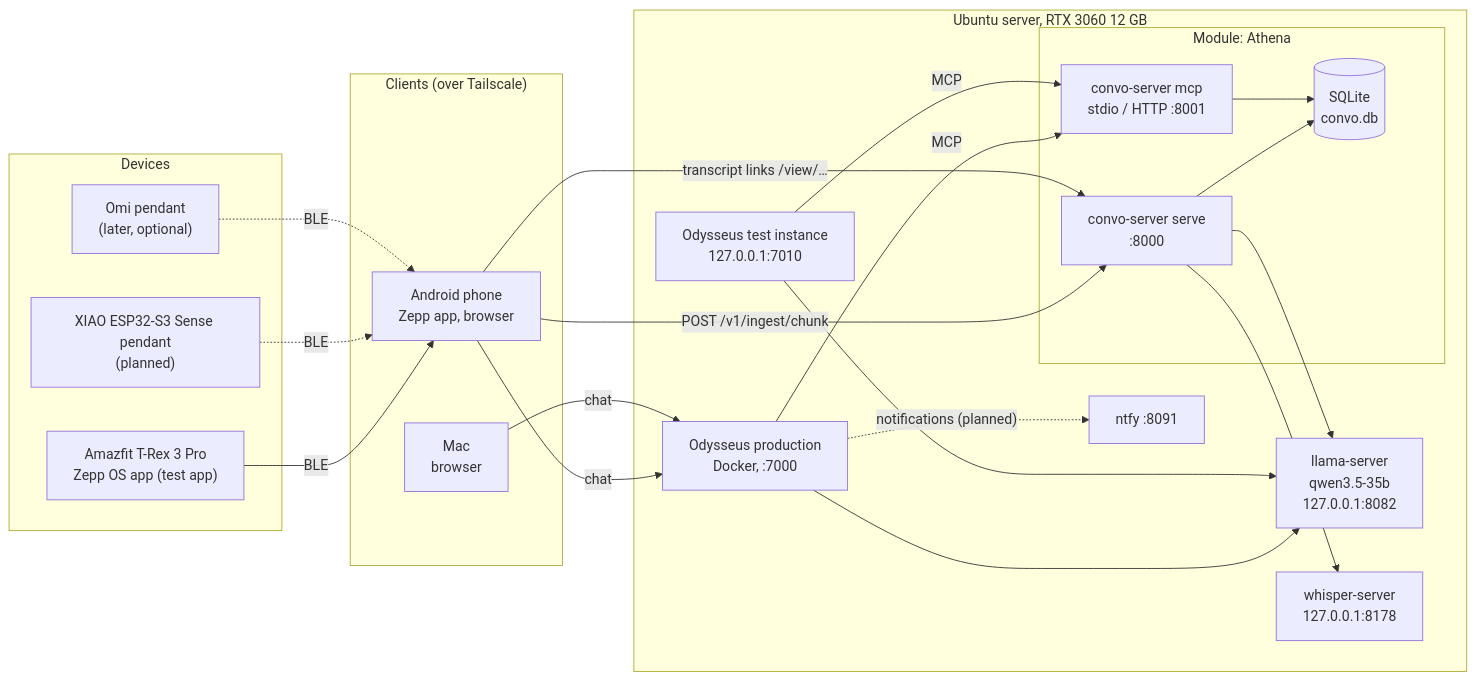
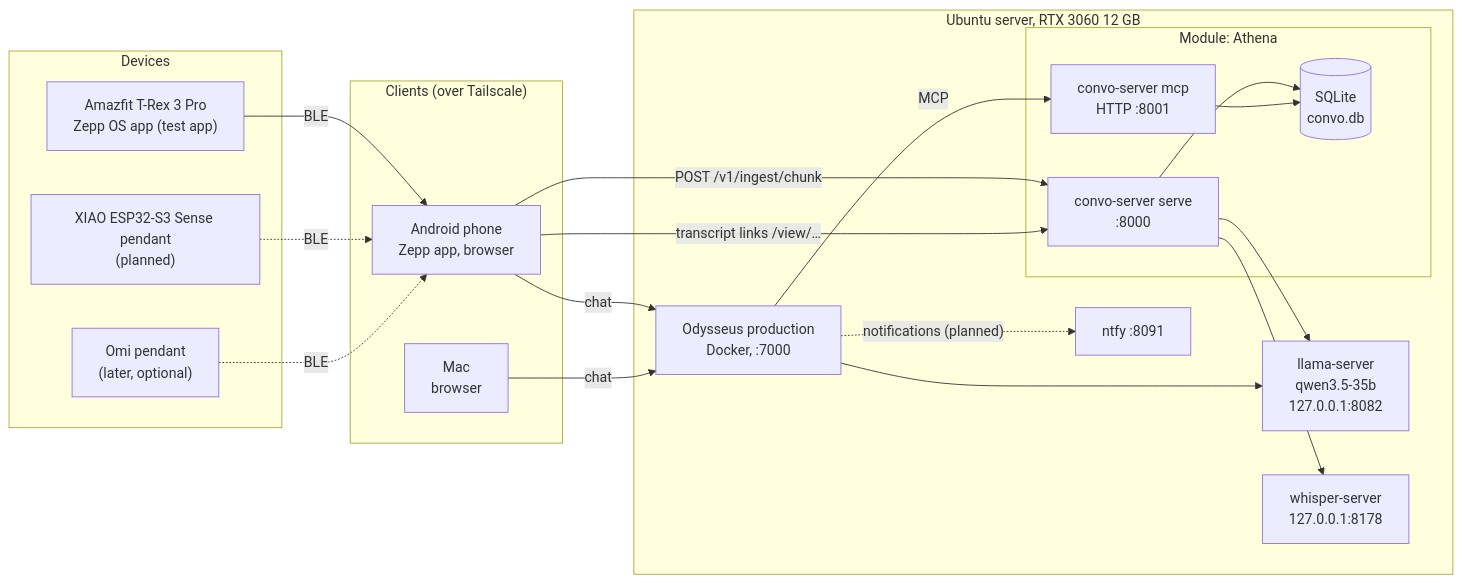
One commit to SDarioosh/odysseus-expanded changed the diagram in docs/fork/architecture.md. Above: the diagram before and after it, drawn with Mermaid. The commit also changed other lines of this file and 13 other files, not shown here.

````diff
--- a/docs/fork/architecture.md
+++ b/docs/fork/architecture.md
@@ -6,43 +6,40 @@
 ```mermaid
 flowchart LR
   subgraph Devices
     watch["Amazfit T-Rex 3 Pro<br/>Zepp OS app (test app)"]
     xiao["XIAO ESP32-S3 Sense pendant<br/>(planned)"]
     omi["Omi pendant<br/>(later, optional)"]
   end
 
   subgraph Clients["Clients (over Tailscale)"]
     phone["Android phone<br/>Zepp app, browser"]
     mac["Mac<br/>browser"]
   end
 
   subgraph Server["Ubuntu server, RTX 3060 12 GB"]
-    testinst["Odysseus test instance<br/>127.0.0.1:7010"]
     prod["Odysseus production<br/>Docker, :7000"]
     subgraph sound["Module: Athena"]
       api["convo-server serve<br/>:8000"]
-      mcp["convo-server mcp<br/>stdio / HTTP :8001"]
+      mcp["convo-server mcp<br/>HTTP :8001"]
       db[("SQLite<br/>convo.db")]
     end
     llama["llama-server<br/>qwen3.5-35b<br/>127.0.0.1:8082"]
     whisper["whisper-server<br/>127.0.0.1:8178"]
     ntfy["ntfy :8091"]
   end
 
   watch -- BLE --> phone
   xiao -. BLE .-> phone
   omi -. BLE .-> phone
   phone -- "POST /v1/ingest/chunk" --> api
   api --> whisper
   api --> llama
   api --> db
   mcp --> db
   prod -- MCP --> mcp
   prod --> llama
-  testinst -- MCP --> mcp
-  testinst --> llama
   phone -- chat --> prod
   mac -- chat --> prod
   phone -- "transcript links /view/…" --> api
   prod -. "notifications (planned)" .-> ntfy
 ```
````
